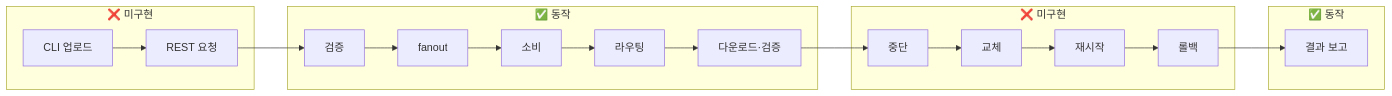
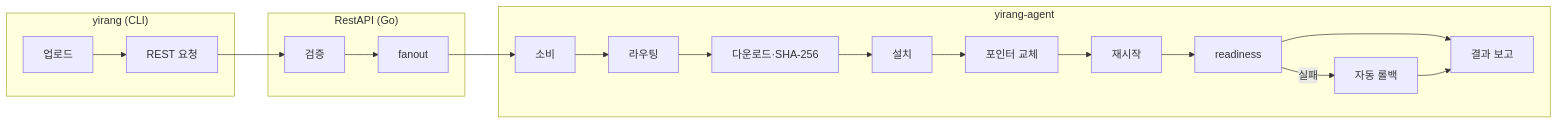
One commit to ngee044/yirang-rollout changed the fourth of 4 diagrams in README.md. Above: the diagram before and after it, drawn with Mermaid. The commit also changed other lines of this file and 89 other files, not shown here.

````diff
--- a/README.md
+++ b/README.md
@@ -305,18 +360,18 @@
 ```mermaid
 flowchart LR
-    subgraph front["❌ 미구현"]
-        A[CLI 업로드] --> B[REST 요청]
+    subgraph cli["yirang (CLI)"]
+        A[업로드] --> B[REST 요청]
     end
-    subgraph middle["✅ 동작"]
-        C[검증] --> D[fanout] --> E[소비] --> F[라우팅] --> G[다운로드·검증]
+    subgraph api["RestAPI (Go)"]
+        C[검증] --> D[fanout]
     end
-    subgraph back["❌ 미구현"]
-        I[중단] --> J[교체] --> K[재시작] --> L[롤백]
-    end
-    subgraph tail["✅ 동작"]
-        H[결과 보고]
+    subgraph agent["yirang-agent"]
+        E[소비] --> F[라우팅] --> G[다운로드·SHA-256]
+        G --> I[설치] --> J[포인터 교체] --> K[재시작] --> L[readiness]
+        L -->|실패| M[자동 롤백]
+        L --> H[결과 보고]
+        M --> H
     end
     B --> C
-    G --> I
-    L --> H
+    D --> E
 ```
````
